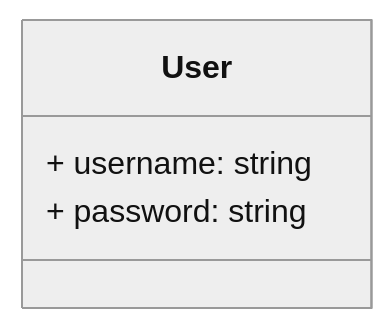
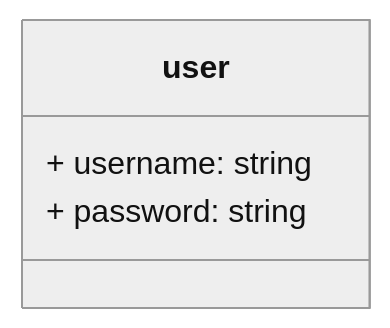
One commit to pablo-origlia/estrategias-persistencia changed the sixth of 6 diagrams in README.md. Above: the diagram before and after it, drawn with Mermaid (neutral theme). The commit also changed other lines of this file and 16 other files, not shown here.

````diff
--- a/README.md
+++ b/README.md
@@ -450,8 +486,8 @@
 ```mermaid
 classDiagram
 
-class User {
+class user {
   + username: string
   + password: string
 }
 ```
````
